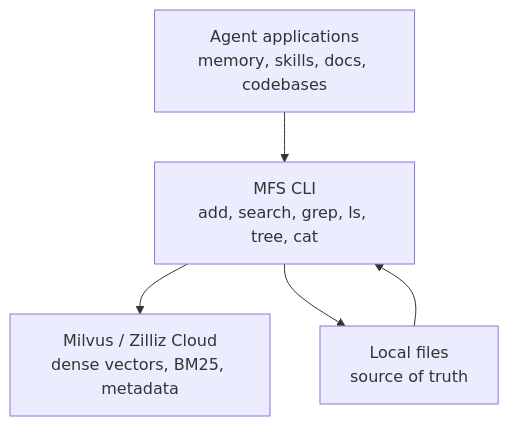
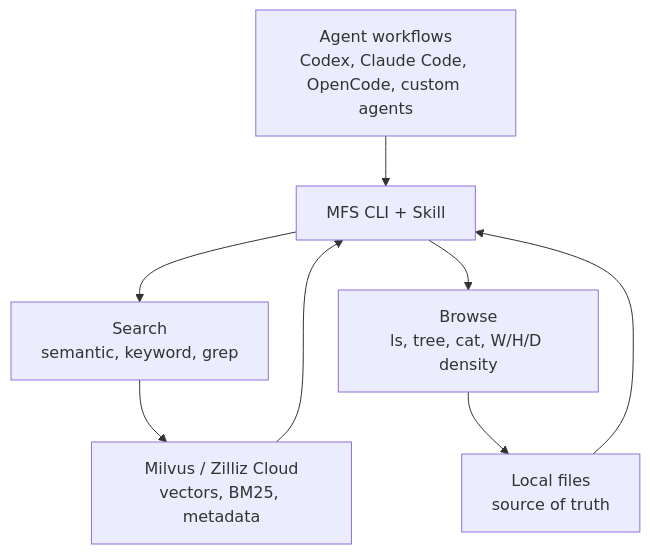
The diagram in docs/index.md (zilliztech/mfs), drawn with Mermaid before and after one commit. The commit also changed other lines of this file and 4 other files, not shown here.

````diff
--- a/docs/index.md
+++ b/docs/index.md
@@ -23,7 +32,10 @@
 ```mermaid
 flowchart TB
-  A[Agent applications<br/>memory, skills, docs, codebases] --> B[MFS CLI<br/>add, search, grep, ls, tree, cat]
-  B --> C[Milvus / Zilliz Cloud<br/>dense vectors, BM25, metadata]
-  B --> D[Local files<br/>source of truth]
-  D --> B
+  A[Agent workflows<br/>Codex, Claude Code, OpenCode, custom agents] --> B[MFS CLI + Skill]
+  B --> C[Search<br/>semantic, keyword, grep]
+  B --> D[Browse<br/>ls, tree, cat, W/H/D density]
+  C --> E[Milvus / Zilliz Cloud<br/>vectors, BM25, metadata]
+  D --> F[Local files<br/>source of truth]
+  F --> B
+  E --> B
 ```
````
